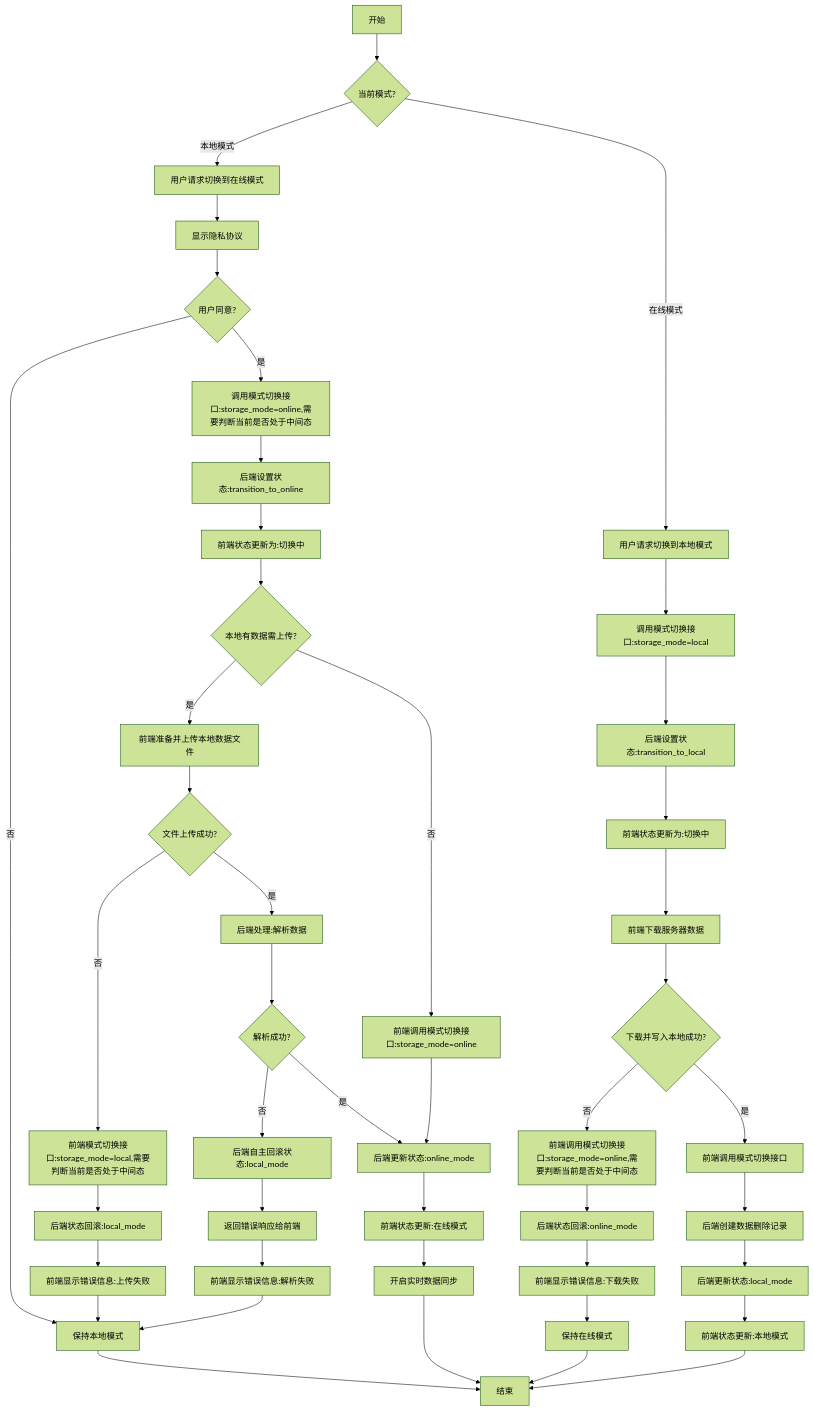
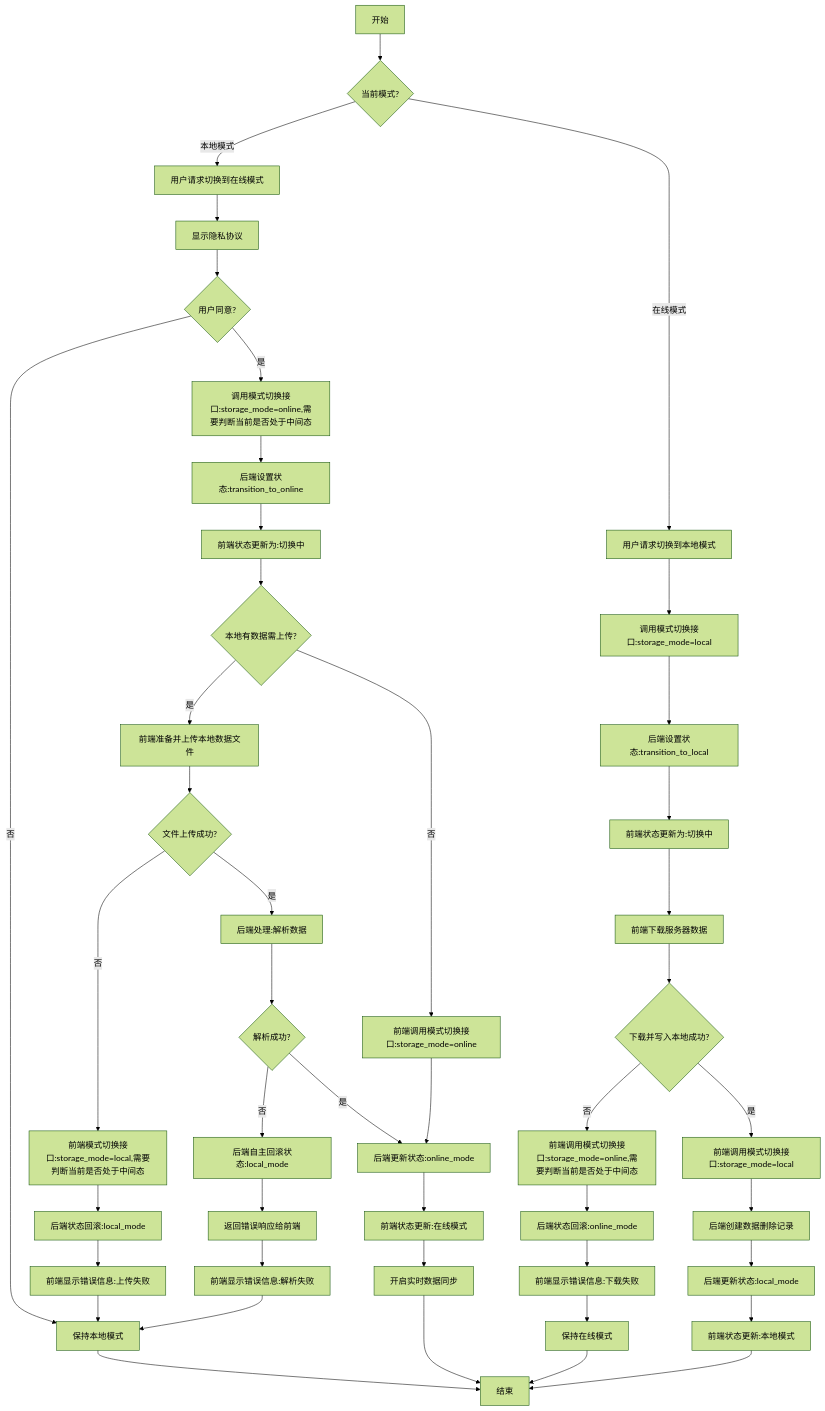
The diagram in all/未命名-58.md (yingjianzh/iodraw-files), drawn with Mermaid (forest theme) before and after one commit.

Commit message:
2025-05-14 10:48:27 update

````diff
--- a/all/未命名-58.md
+++ b/all/未命名-58.md
@@ -1,68 +1,68 @@
 ```mermaid
 flowchart TD
     A[开始] --> B{当前模式?}
     
     %% 本地模式转在线模式
     B -->|本地模式| C[用户请求切换到在线模式]
     C --> D[显示隐私协议]
     D --> E{用户同意?}
 
     E -->|否| F[保持本地模式]
     F --> Z[结束]
     
     E -->|是| G[调用模式切换接口:storage_mode=online,需要判断当前是否处于中间态]
     G --> H[后端设置状态:transition_to_online]
     H --> I[前端状态更新为:切换中]
     
     I --> J{本地有数据需上传?}
     
     %% 有本地数据需上传的情况
     J -->|是| K[前端准备并上传本地数据文件]
     K --> L{文件上传成功?}
     
     %% 上传失败的情况
     L -->|否| M[前端模式切换接口:storage_mode=local,需要判断当前是否处于中间态]
     M --> N[后端状态回滚:local_mode]
     N --> O[前端显示错误信息:上传失败]
     O --> F
     
     %% 上传成功但解析失败的情况
     L -->|是| P[后端处理:解析数据]
     P --> Q{解析成功?}
     Q -->|否| R[后端自主回滚状态:local_mode]
     R --> S[返回错误响应给前端]
     S --> T[前端显示错误信息:解析失败]
     T --> F
     
     %% 全部成功的情况
     Q -->|是| U[后端更新状态:online_mode]
     J -->|否| V[前端调用模式切换接口:storage_mode=online]
     V --> U
     
     U --> W[前端状态更新:在线模式]
     W --> X[开启实时数据同步]
     X --> Z
     
     %% 在线模式转本地模式
     B -->|在线模式| AA[用户请求切换到本地模式]
     AA --> AB[调用模式切换接口:storage_mode=local]
     AB --> AC[后端设置状态:transition_to_local]
     AC --> AD[前端状态更新为:切换中]
     
     AD --> AE[前端下载服务器数据]
     AE --> AF{下载并写入本地成功?}
     
     %% 下载失败的情况
     AF -->|否| AG[前端调用模式切换接口:storage_mode=online,需要判断当前是否处于中间态]
     AG --> AH[后端状态回滚:online_mode]
     AH --> AI[前端显示错误信息:下载失败]
     AI --> AJ[保持在线模式]
     AJ --> Z
     
     %% 下载成功的情况
-    AF -->|是| AK[前端调用模式切换接口]
+    AF -->|是| AK[前端调用模式切换接口:storage_mode=local]
     AK --> AL[后端创建数据删除记录]
     AL --> AM[后端更新状态:local_mode]
     AM --> AN[前端状态更新:本地模式]
     AN --> Z
 ```
````
